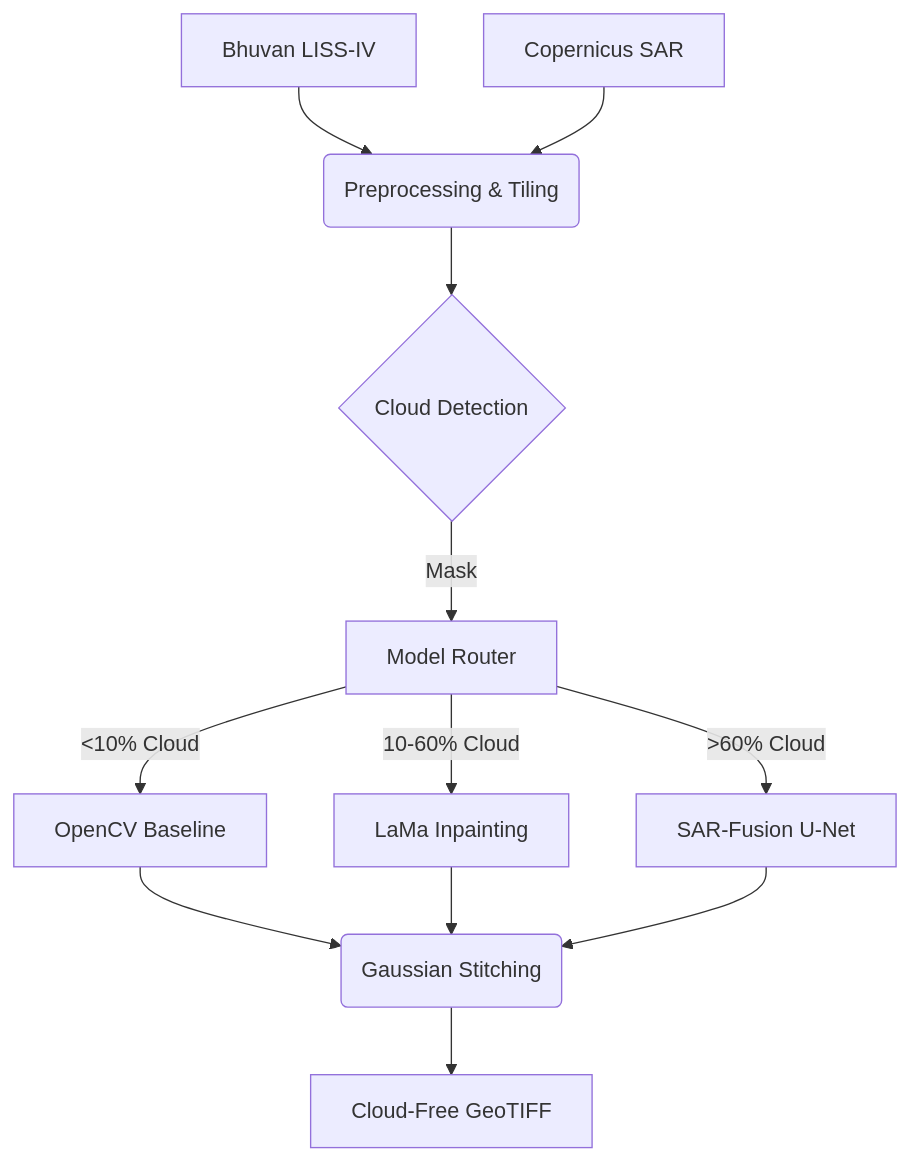
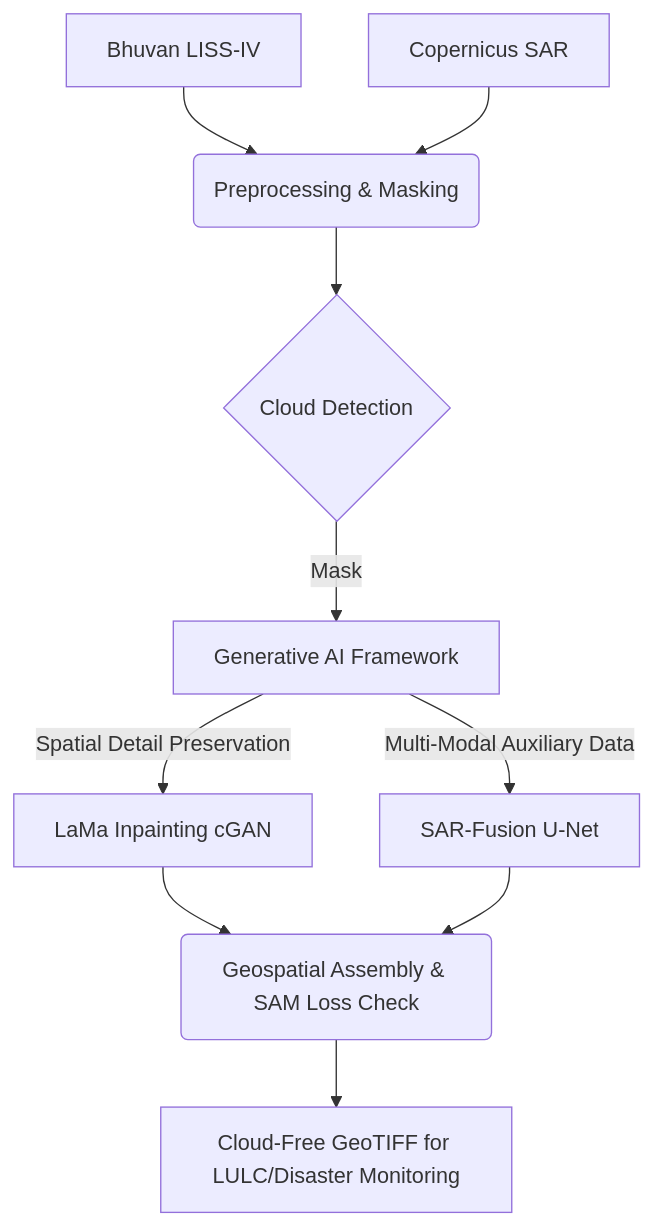
One commit to Ashutosh-rj/ISRO-Bharatiya-Antariskh-Hackathon changed the diagram in README.md. Above: the diagram before and after it, drawn with Mermaid. The commit also changed other lines of this file and 25 other files, not shown here.

````diff
--- a/README.md
+++ b/README.md
@@ -22,16 +21,14 @@
 ```mermaid
 graph TD
-    A[Bhuvan LISS-IV] --> C(Preprocessing & Tiling)
+    A[Bhuvan LISS-IV] --> C(Preprocessing & Masking)
     B[Copernicus SAR] --> C
     C --> D{Cloud Detection}
-    D -->|Mask| E[Model Router]
+    D -->|Mask| E[Generative AI Framework]
     
-    E -->|<10% Cloud| F[OpenCV Baseline]
-    E -->|10-60% Cloud| G[LaMa Inpainting]
-    E -->|>60% Cloud| H[SAR-Fusion U-Net]
+    E -->|Spatial Detail Preservation| G[LaMa Inpainting cGAN]
+    E -->|Multi-Modal Auxiliary Data| H[SAR-Fusion U-Net]
     
-    F --> I(Gaussian Stitching)
-    G --> I
+    G --> I(Geospatial Assembly & SAM Loss Check)
     H --> I
-    I --> J[Cloud-Free GeoTIFF]
+    I --> J[Cloud-Free GeoTIFF for LULC/Disaster Monitoring]
 ```
````
